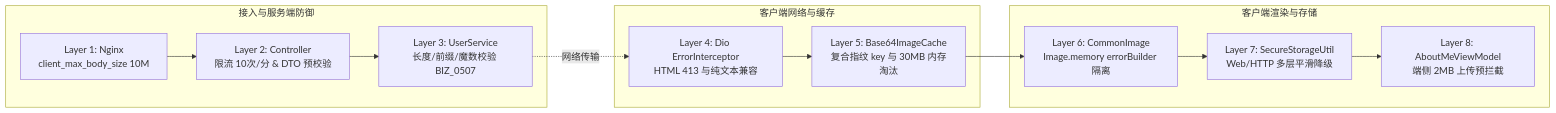
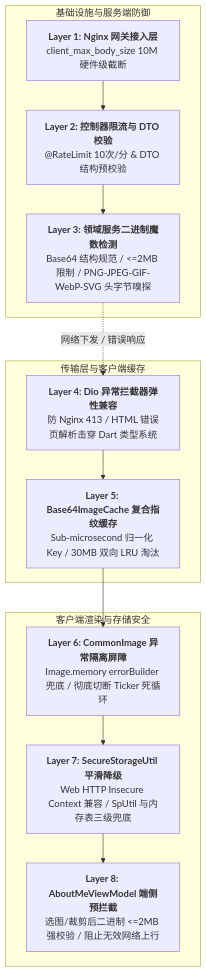
The second of 2 diagrams in docs/avatar_security_and_rendering_architecture.md (listen2code/ListenPortfolioFlutter), drawn with Mermaid before and after one commit. The commit also changed other lines of this file and 125 other files, not shown here.

First line of the commit message:
docs & chore: calibrate architecture documentation and add detailed English code comments

````diff
--- a/docs/avatar_security_and_rendering_architecture.md
+++ b/docs/avatar_security_and_rendering_architecture.md
@@ -45,18 +102,18 @@
 ```mermaid
-graph LR
-    subgraph 接入与服务端防御
-        L1[Layer 1: Nginx<br/>client_max_body_size 10M] --> L2[Layer 2: Controller<br/>限流 10次/分 & DTO 预校验]
-        L2 --> L3[Layer 3: UserService<br/>长度/前缀/魔数校验 BIZ_0507]
+flowchart TD
+    subgraph Gateway_Backend [基础设施与服务端防御]
+        L1[<b>Layer 1: Nginx 网关接入层</b><br/>client_max_body_size 10M 硬件级截断] --> L2[<b>Layer 2: 控制器限流与 DTO 校验</b><br/>@RateLimit 10次/分 & DTO 结构预校验]
+        L2 --> L3[<b>Layer 3: 领域服务二进制魔数检测</b><br/>Base64 结构规范 / <=2MB 限制 / PNG-JPEG-GIF-WebP-SVG 头字节嗅探]
     end
 
-    subgraph 客户端网络与缓存
-        L3 -.网络传输.-> L4[Layer 4: Dio ErrorInterceptor<br/>HTML 413 与纯文本兼容]
-        L4 --> L5[Layer 5: Base64ImageCache<br/>复合指纹 key 与 30MB 内存淘汰]
+    subgraph Network_Cache [传输层与客户端缓存]
+        L3 -.网络下发 / 错误响应.-> L4[<b>Layer 4: Dio 异常拦截器弹性兼容</b><br/>防 Nginx 413 / HTML 错误页解析击穿 Dart 类型系统]
+        L4 --> L5[<b>Layer 5: Base64ImageCache 复合指纹缓存</b><br/>Sub-microsecond 归一化 Key / 30MB 双向 LRU 淘汰]
     end
 
-    subgraph 客户端渲染与存储
-        L5 --> L6[Layer 6: CommonImage<br/>Image.memory errorBuilder 隔离]
-        L6 --> L7[Layer 7: SecureStorageUtil<br/>Web/HTTP 多层平滑降级]
-        L7 --> L8[Layer 8: AboutMeViewModel<br/>端侧 2MB 上传预拦截]
+    subgraph Render_Client [客户端渲染与存储安全]
+        L5 --> L6[<b>Layer 6: CommonImage 异常隔离屏障</b><br/>Image.memory errorBuilder 兜底 / 彻底切断 Ticker 死循环]
+        L6 --> L7[<b>Layer 7: SecureStorageUtil 平滑降级</b><br/>Web HTTP Insecure Context 兼容 / SpUtil 与内存表三级兜底]
+        L7 --> L8[<b>Layer 8: AboutMeViewModel 端侧预拦截</b><br/>选图/裁剪后二进制 <=2MB 强校验 / 阻止无效网络上行]
     end
 ```
````
